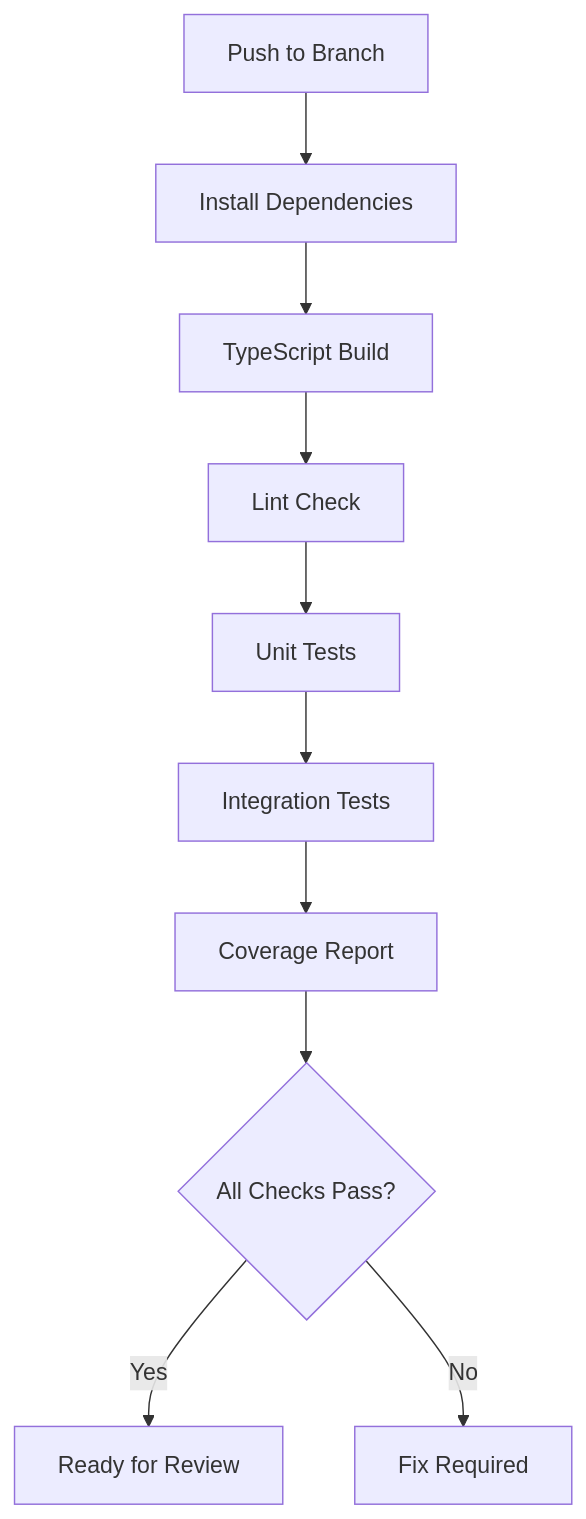
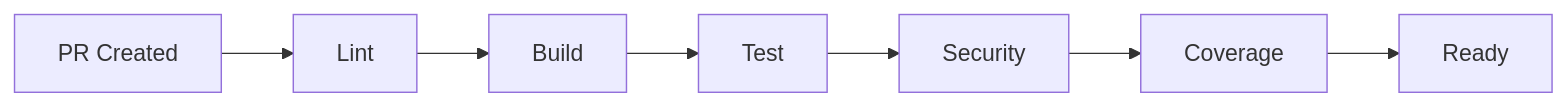
The third of 3 diagrams in BRANCH_MANAGEMENT.md (Jacques-Murray/sonarr-mcp-server), drawn with Mermaid before and after one commit. The commit also changed other lines of this file, not shown here.

Commit message:
Refactor branch management documentation for clarity and structure; update workflows and naming conventions

````diff
--- a/BRANCH_MANAGEMENT.md
+++ b/BRANCH_MANAGEMENT.md
@@ -184,12 +149,9 @@
 ```mermaid
-graph TB
-    A[Push to Branch] --> B[Install Dependencies]
-    B --> C[TypeScript Build]
-    C --> D[Lint Check]
-    D --> E[Unit Tests]
-    E --> F[Integration Tests]
-    F --> G[Coverage Report]
-    G --> H{All Checks Pass?}
-    H -->|Yes| I[Ready for Review]
-    H -->|No| J[Fix Required]
+graph LR
+    A[PR Created] --> B[Lint]
+    B --> C[Build]
+    C --> D[Test]
+    D --> E[Security]
+    E --> F[Coverage]
+    F --> G[Ready]
 ```
````
